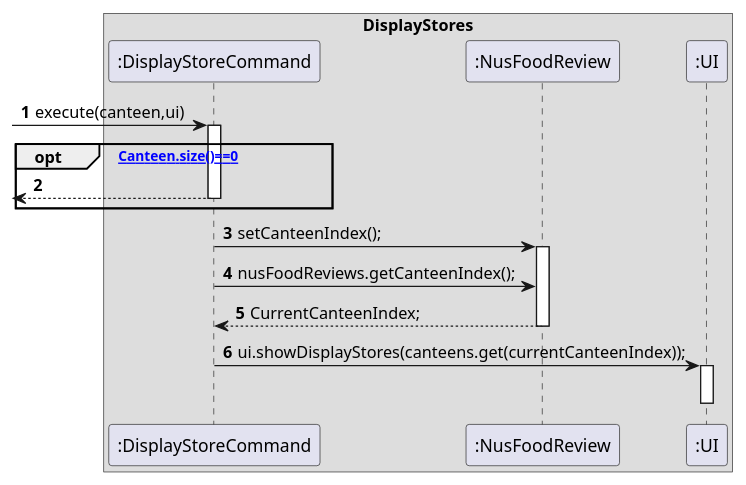
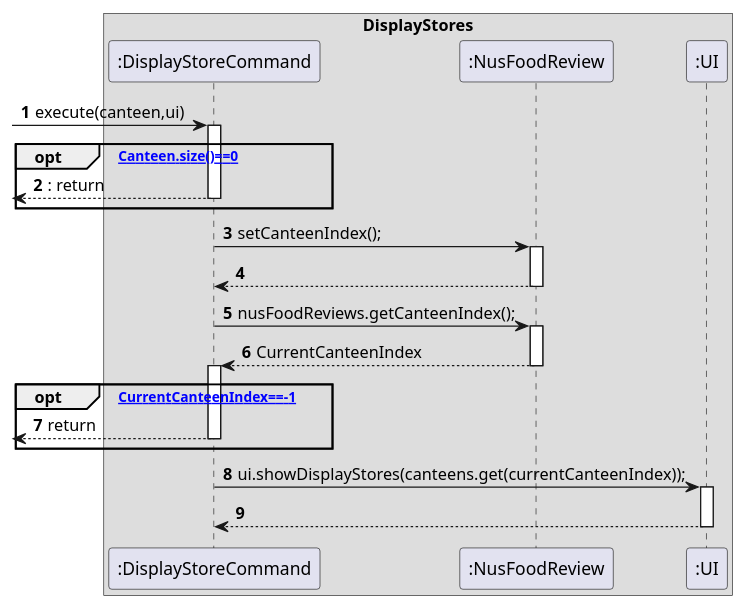
The diagram in docs/PlantUML/DisplayStoreCommand.puml (nus-cs2113-AY2021S2/tp), drawn with PlantUML before and after one commit. The commit also changed 6 other files, not shown here.

Commit message:
update DG, display canteen. Edited DisplayStores

```diff
--- a/docs/PlantUML/DisplayStoreCommand.puml
+++ b/docs/PlantUML/DisplayStoreCommand.puml
@@ -1,22 +1,36 @@
 @startuml
 'https://plantuml.com/sequence-diagram
 
 autonumber
 box DisplayStores
 
 -> ":DisplayStoreCommand" : execute(canteen,ui)
 activate ":DisplayStoreCommand"
 opt [Canteen.size()==0]
-return
+return : return
 end
 
 ":DisplayStoreCommand" -> ":NusFoodReview" : setCanteenIndex();
 activate ":NusFoodReview"
+":NusFoodReview" --> ":DisplayStoreCommand"
+deactivate ":NusFoodReview"
+
+
 ":DisplayStoreCommand" -> ":NusFoodReview" : nusFoodReviews.getCanteenIndex();
-":NusFoodReview" --> ":DisplayStoreCommand" : CurrentCanteenIndex;
+activate ":NusFoodReview"
+":NusFoodReview" --> ":DisplayStoreCommand" : CurrentCanteenIndex
 deactivate ":NusFoodReview"
+
+
+opt [CurrentCanteenIndex==-1]
+activate ":DisplayStoreCommand"
+<-- ":DisplayStoreCommand" : return
+deactivate ":DisplayStoreCommand"
+end
+
 
 ":DisplayStoreCommand" -> ":UI" : ui.showDisplayStores(canteens.get(currentCanteenIndex));
 activate ":UI"
+":UI" --> ":DisplayStoreCommand"
 deactivate ":UI"
 @enduml
```
